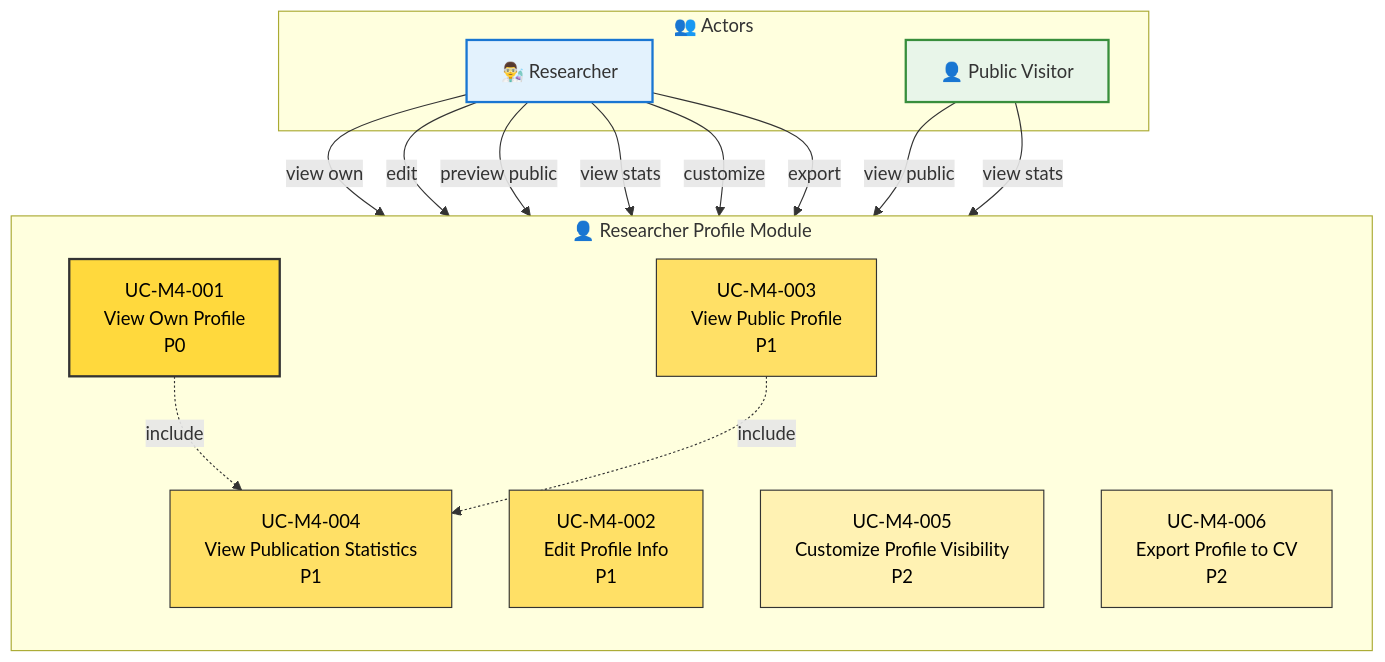
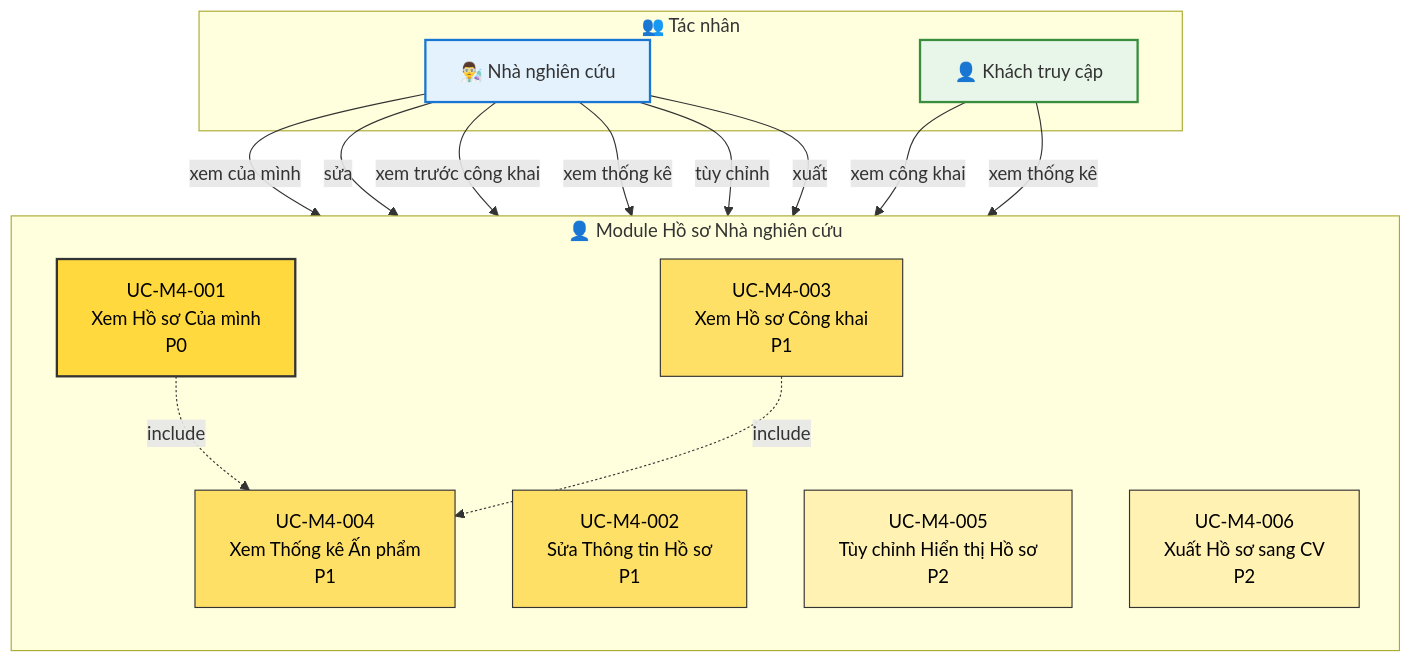
One commit to Ng0cTh4nhk5/ufpms-docs changed the diagram in docs/06_Diagrams/UseCase/module_04_profile.md. Above: the diagram before and after it, drawn with Mermaid. The commit also changed other lines of this file and 70 other files, not shown here.

````diff
--- a/docs/06_Diagrams/UseCase/module_04_profile.md
+++ b/docs/06_Diagrams/UseCase/module_04_profile.md
@@ -20,45 +20,45 @@
 ```mermaid
 graph TB
-    subgraph Actors["👥 Actors"]
-        RES[👨‍🔬 Researcher]
-        VIW[👤 Public Visitor]
+    subgraph Actors["👥 Tác nhân"]
+        RES[👨‍🔬 Nhà nghiên cứu]
+        VIW[👤 Khách truy cập]
     end
     
-    subgraph PROFILE["👤 Researcher Profile Module"]
+    subgraph PROFILE["👤 Module Hồ sơ Nhà nghiên cứu"]
         direction TB
         
-        UC1[UC-M4-001<br/>View Own Profile<br/>P0]
-        UC2[UC-M4-002<br/>Edit Profile Info<br/>P1]
-        UC3[UC-M4-003<br/>View Public Profile<br/>P1]
-        UC4[UC-M4-004<br/>View Publication Statistics<br/>P1]
-        UC5[UC-M4-005<br/>Customize Profile Visibility<br/>P2]
-        UC6[UC-M4-006<br/>Export Profile to CV<br/>P2]
+        UC1[UC-M4-001<br/>Xem Hồ sơ Của mình<br/>P0]
+        UC2[UC-M4-002<br/>Sửa Thông tin Hồ sơ<br/>P1]
+        UC3[UC-M4-003<br/>Xem Hồ sơ Công khai<br/>P1]
+        UC4[UC-M4-004<br/>Xem Thống kê Ấn phẩm<br/>P1]
+        UC5[UC-M4-005<br/>Tùy chỉnh Hiển thị Hồ sơ<br/>P2]
+        UC6[UC-M4-006<br/>Xuất Hồ sơ sang CV<br/>P2]
         
         %% Include relationships
         UC1 -.->|include| UC4
         UC3 -.->|include| UC4
     end
     
     %% Researcher connections
-    RES -->|view own| UC1
-    RES -->|edit| UC2
-    RES -->|preview public| UC3
-    RES -->|view stats| UC4
-    RES -->|customize| UC5
-    RES -->|export| UC6
+    RES -->|xem của mình| UC1
+    RES -->|sửa| UC2
+    RES -->|xem trước công khai| UC3
+    RES -->|xem thống kê| UC4
+    RES -->|tùy chỉnh| UC5
+    RES -->|xuất| UC6
     
     %% Public Visitor connections
-    VIW -->|view public| UC3
-    VIW -->|view stats| UC4
+    VIW -->|xem công khai| UC3
+    VIW -->|xem thống kê| UC4
     
     %% Styling
     style UC1 fill:#ffd93d,stroke:#333,stroke-width:2px,color:#000
     style UC2 fill:#ffe066,stroke:#333,stroke-width:1px,color:#000
     style UC3 fill:#ffe066,stroke:#333,stroke-width:1px,color:#000
     style UC4 fill:#ffe066,stroke:#333,stroke-width:1px,color:#000
     style UC5 fill:#fff2b3,stroke:#333,stroke-width:1px,color:#000
     style UC6 fill:#fff2b3,stroke:#333,stroke-width:1px,color:#000
     
     style RES fill:#e3f2fd,stroke:#1976d2,stroke-width:2px
     style VIW fill:#e8f5e9,stroke:#388e3c,stroke-width:2px
 ```
````
